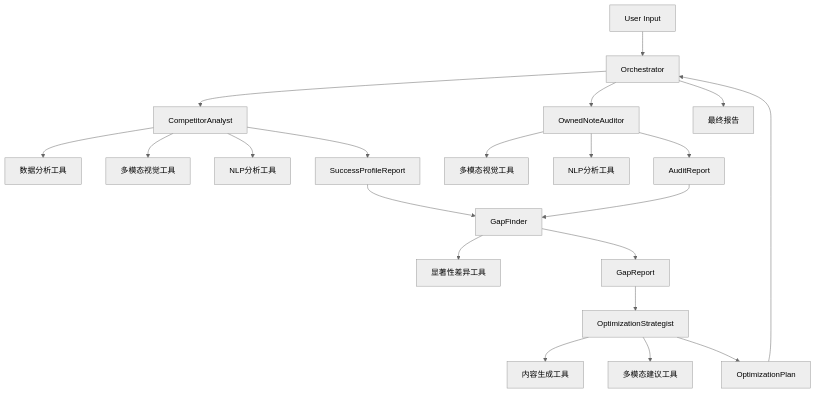
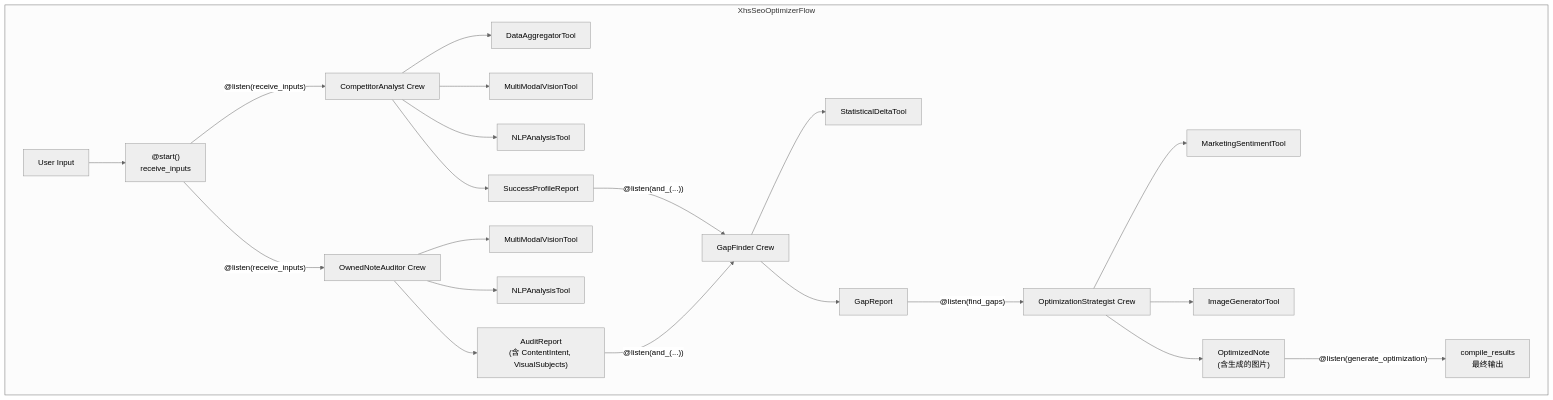
One commit to BradLeon/xhs_seo_note_agent_crewai changed the diagram in docs/内容理解和建议agent子系统.md. Above: the diagram before and after it, drawn with Mermaid (neutral theme). The commit also changed other lines of this file and 7 other files, not shown here.

First line of the commit message:
feat: Implement CrewAI Flow integration for 4-crew pipeline

````diff
--- a/docs/内容理解和建议agent子系统.md
+++ b/docs/内容理解和建议agent子系统.md
@@ -3,31 +5,32 @@
 ```mermaid
 graph TB
-    A[User Input] --> O[Orchestrator]
-    
-    O --> CA[CompetitorAnalyst]
-    O --> OA[OwnedNoteAuditor]
-    
-    CA --> CA1[数据分析工具]
-    CA --> CA2[多模态视觉工具]
-    CA --> CA3[NLP分析工具]
-    
-    OA --> OA1[多模态视觉工具]
-    OA --> OA2[NLP分析工具]
-    
-    CA --> SP[SuccessProfileReport]
-    OA --> AR[AuditReport]
-    
-    SP --> GF[GapFinder]
-    AR --> GF
-    
-    GF --> GF1[显著性差异工具]
-    GF --> GR[GapReport]
-    
-    GR --> OS[OptimizationStrategist]
-    OS --> OS1[内容生成工具]
-    OS --> OS2[多模态建议工具]
-    OS --> OP[OptimizationPlan]
-    
-    OP --> O
-    O --> Final[最终报告]
+    subgraph "XhsSeoOptimizerFlow"
+        A[User Input] --> RI["@start()<br/>receive_inputs"]
+
+        RI --> |"@listen(receive_inputs)"| CA[CompetitorAnalyst Crew]
+        RI --> |"@listen(receive_inputs)"| OA[OwnedNoteAuditor Crew]
+
+        CA --> CA1[DataAggregatorTool]
+        CA --> CA2[MultiModalVisionTool]
+        CA --> CA3[NLPAnalysisTool]
+
+        OA --> OA1[MultiModalVisionTool]
+        OA --> OA2[NLPAnalysisTool]
+
+        CA --> SP[SuccessProfileReport]
+        OA --> AR["AuditReport<br/>(含 ContentIntent, VisualSubjects)"]
+
+        SP --> |"@listen(and_(...))"| GF[GapFinder Crew]
+        AR --> |"@listen(and_(...))"| GF
+
+        GF --> GF1[StatisticalDeltaTool]
+        GF --> GR[GapReport]
+
+        GR --> |"@listen(find_gaps)"| OS[OptimizationStrategist Crew]
+        OS --> OS1[MarketingSentimentTool]
+        OS --> OS2[ImageGeneratorTool]
+        OS --> ON["OptimizedNote<br/>(含生成的图片)"]
+
+        ON --> |"@listen(generate_optimization)"| Final["compile_results<br/>最终输出"]
+    end
 ```
````
